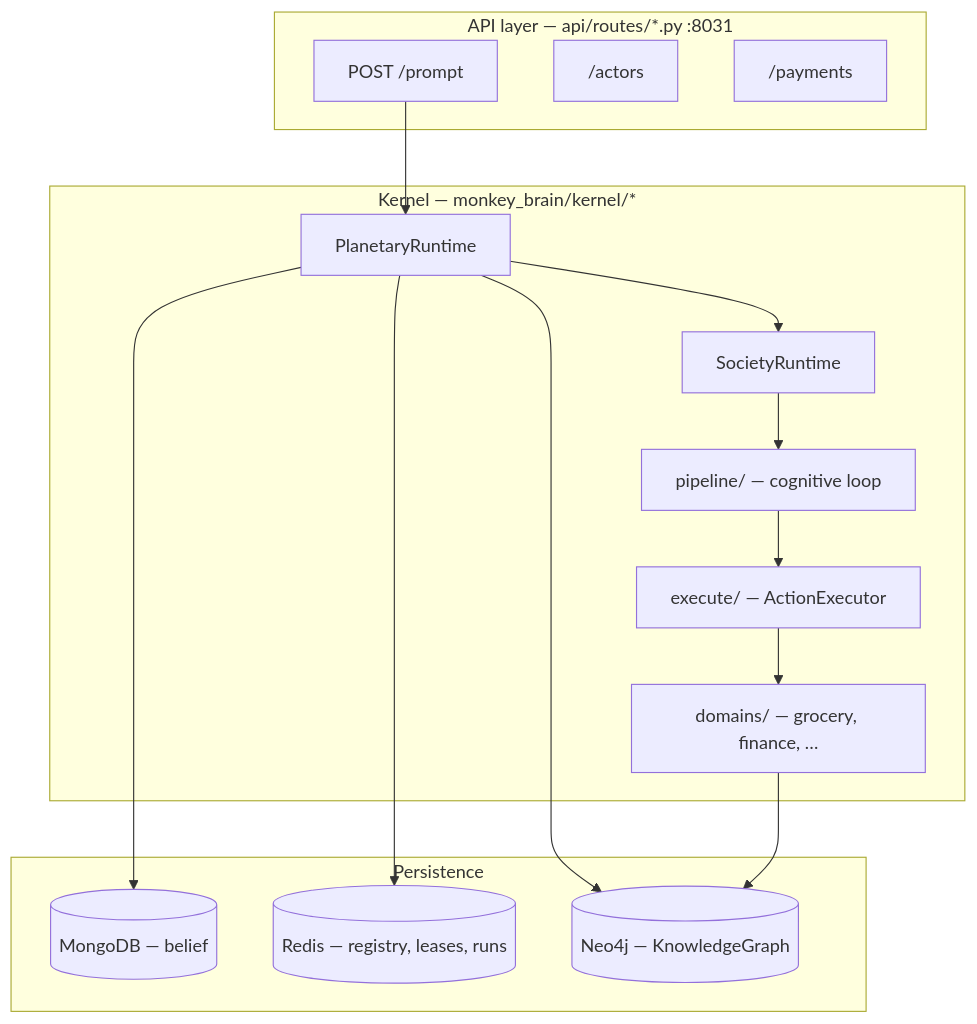
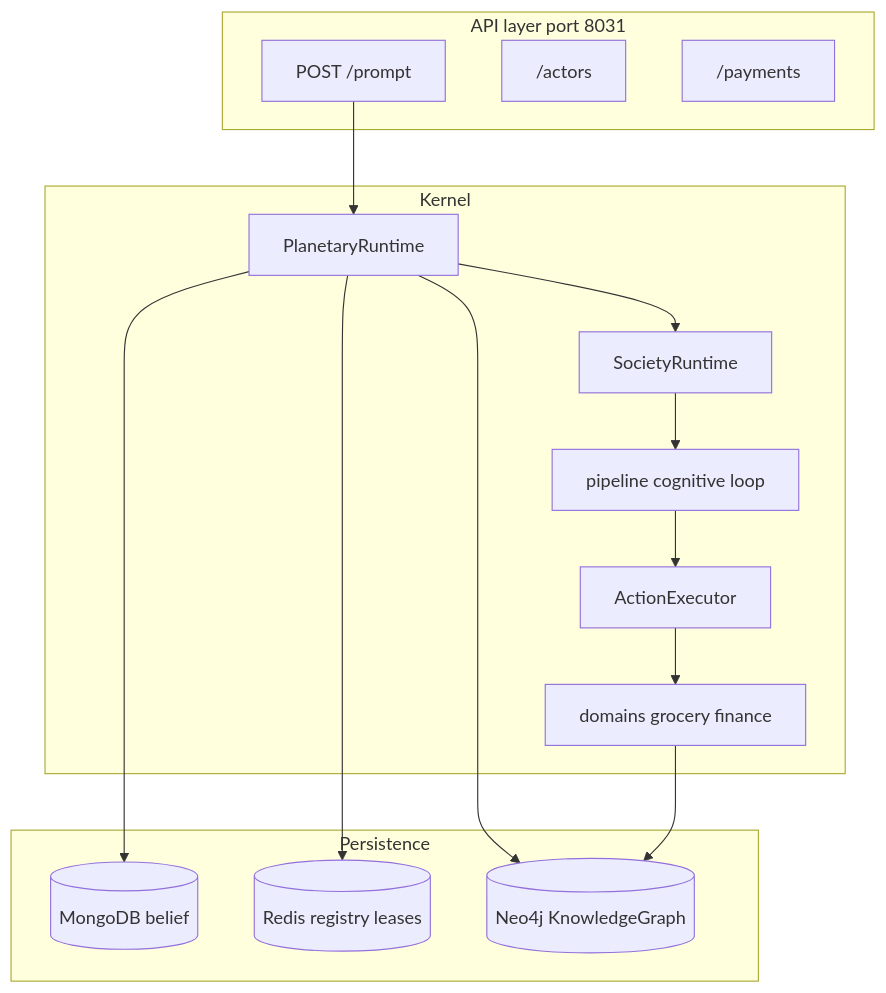
Before and after one commit to monkeypatched-stack/cogitive-os: the second of 22 diagrams in docs/DIAGRAMS.md, drawn with Mermaid. The commit also changed other lines of this file, not shown here.

Commit message:
adding diagrams

````diff
--- a/docs/DIAGRAMS.md
+++ b/docs/DIAGRAMS.md
@@ -93,26 +91,32 @@
 ```mermaid
-graph TB
-    subgraph API["API layer — api/routes/*.py :8031"]
+flowchart TB
+    subgraph apiLayer["API layer port 8031"]
         PROMPT["POST /prompt"]
         ACTORS["/actors"]
         PAY["/payments"]
     end
 
-    subgraph Kernel["Kernel — monkey_brain/kernel/*"]
+    subgraph kernelLayer["Kernel"]
         PR["PlanetaryRuntime"]
         SR["SocietyRuntime"]
-        PIPE["pipeline/ — cognitive loop"]
-        EXEC["execute/ — ActionExecutor"]
-        CAP["domains/ — grocery, finance, …"]
+        PIPE["pipeline cognitive loop"]
+        EXEC["ActionExecutor"]
+        CAP["domains grocery finance"]
     end
 
-    subgraph Persist["Persistence"]
-        MONGO[("MongoDB — belief")]
-        REDIS[("Redis — registry, leases, runs")]
-        NEO[("Neo4j — KnowledgeGraph")]
+    subgraph persistLayer["Persistence"]
+        MONGO[("MongoDB belief")]
+        REDIS[("Redis registry leases")]
+        NEO[("Neo4j KnowledgeGraph")]
     end
 
-    PROMPT --> PR --> SR --> PIPE --> EXEC --> CAP
-    PR --> MONGO & REDIS & NEO
+    PROMPT --> PR
+    PR --> SR
+    SR --> PIPE
+    PIPE --> EXEC
+    EXEC --> CAP
+    PR --> MONGO
+    PR --> REDIS
+    PR --> NEO
     CAP --> NEO
 ```
````
